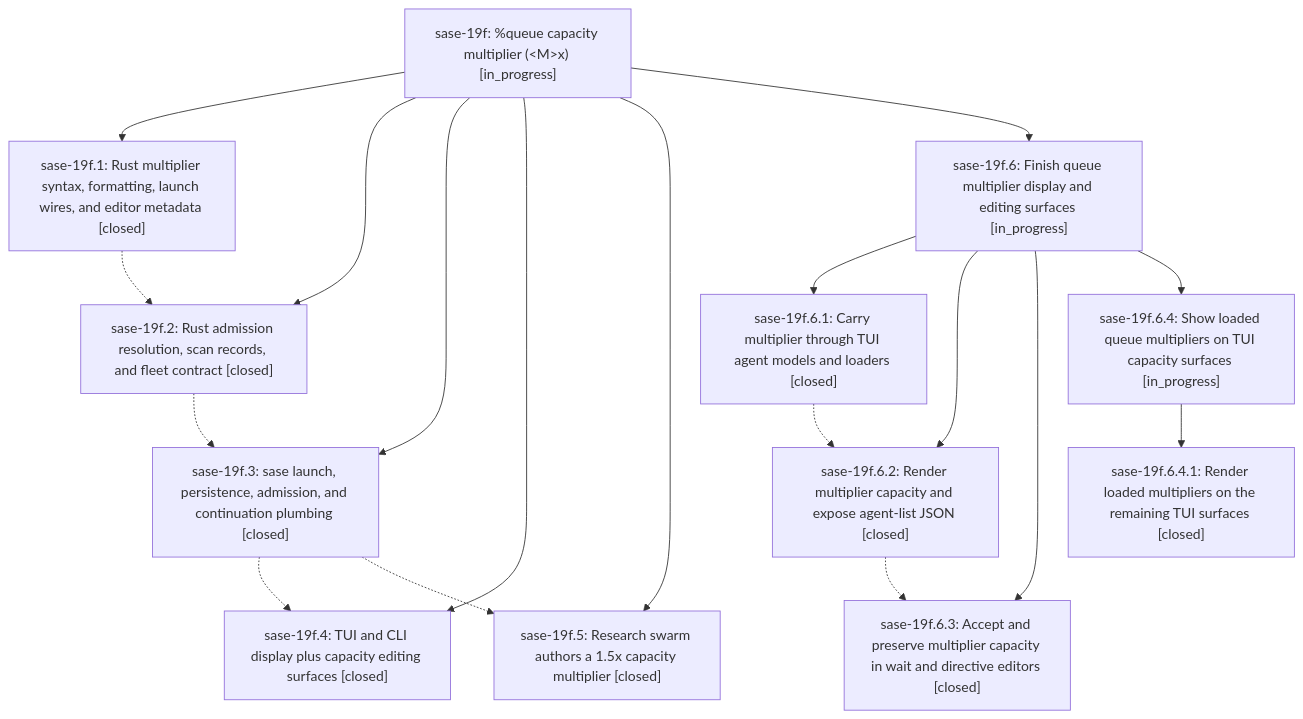
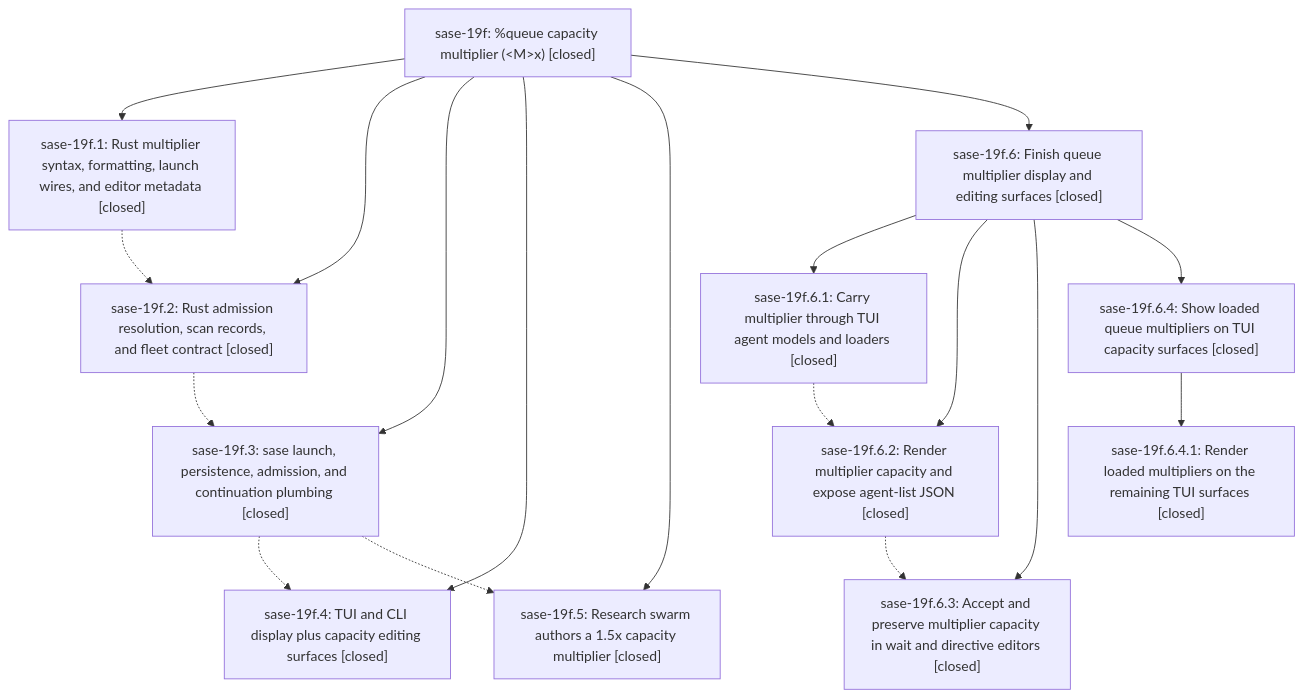
Before and after one commit to sase-org/sase--beads: the diagram in pages/sase-19f/README.md, drawn with Mermaid. The commit also changed other lines of this file and 2 other files, not shown here.

First line of the commit message:
chore(beads): sync bead state and pages for sase-19f

````diff
--- a/pages/sase-19f/README.md
+++ b/pages/sase-19f/README.md
@@ -36,32 +40,32 @@
 ```mermaid
 flowchart TD
-    n0["sase-19f: %queue capacity multiplier (&lt;M&gt;x) [in_progress]"]
+    n0["sase-19f: %queue capacity multiplier (&lt;M&gt;x) [closed]"]
     n1["sase-19f.1: Rust multiplier syntax, formatting, launch wires, and editor metadata [closed]"]
     n2["sase-19f.2: Rust admission resolution, scan records, and fleet contract [closed]"]
     n3["sase-19f.3: sase launch, persistence, admission, and continuation plumbing [closed]"]
     n4["sase-19f.4: TUI and CLI display plus capacity editing surfaces [closed]"]
     n5["sase-19f.5: Research swarm authors a 1.5x capacity multiplier [closed]"]
-    n6["sase-19f.6: Finish queue multiplier display and editing surfaces [in_progress]"]
+    n6["sase-19f.6: Finish queue multiplier display and editing surfaces [closed]"]
     n7["sase-19f.6.1: Carry multiplier through TUI agent models and loaders [closed]"]
     n8["sase-19f.6.2: Render multiplier capacity and expose agent-list JSON [closed]"]
     n9["sase-19f.6.3: Accept and preserve multiplier capacity in wait and directive editors [closed]"]
-    n10["sase-19f.6.4: Show loaded queue multipliers on TUI capacity surfaces [in_progress]"]
+    n10["sase-19f.6.4: Show loaded queue multipliers on TUI capacity surfaces [closed]"]
     n11["sase-19f.6.4.1: Render loaded multipliers on the remaining TUI surfaces [closed]"]
     n0 --> n1
     n0 --> n2
     n0 --> n3
     n0 --> n4
     n0 --> n5
     n0 --> n6
     n6 --> n7
     n6 --> n8
     n6 --> n9
     n6 --> n10
     n10 --> n11
     n1 -.-> n2
     n2 -.-> n3
     n3 -.-> n4
     n3 -.-> n5
     n7 -.-> n8
     n8 -.-> n9
 ```
````
